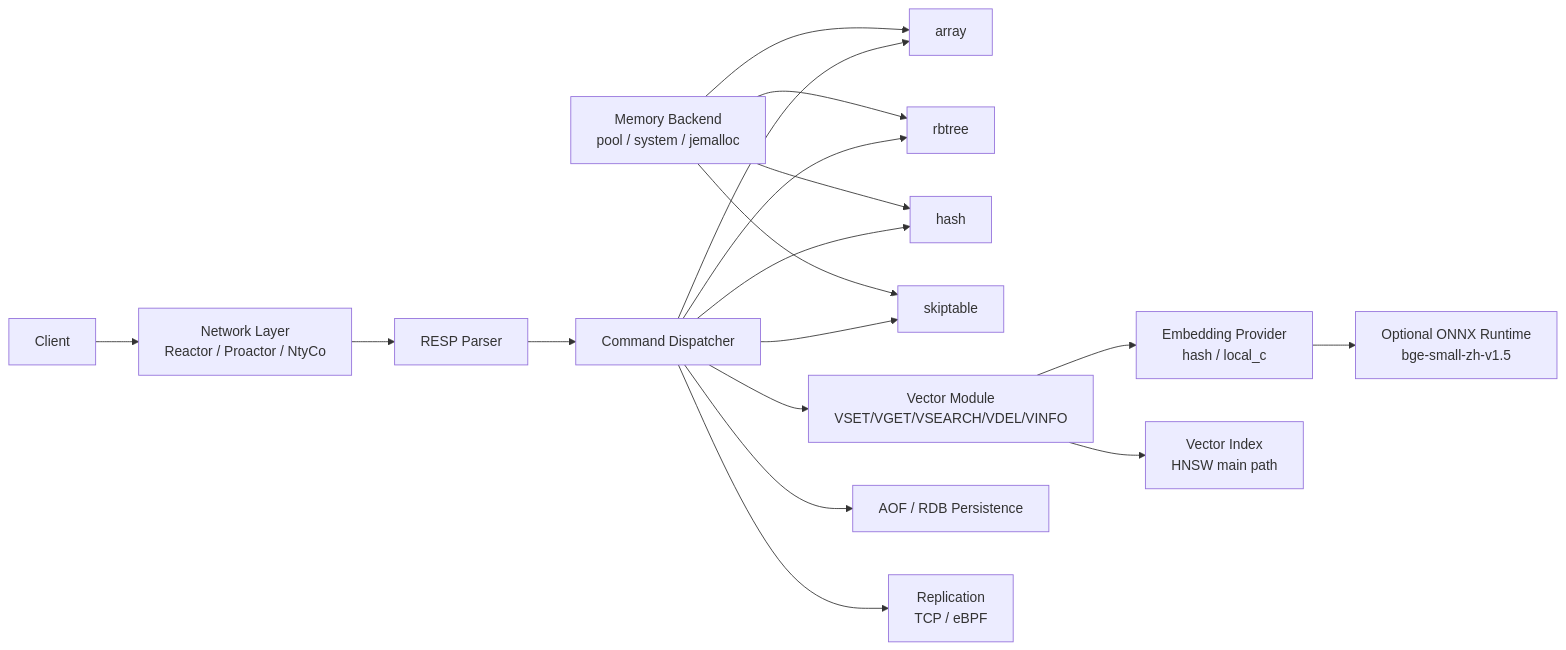
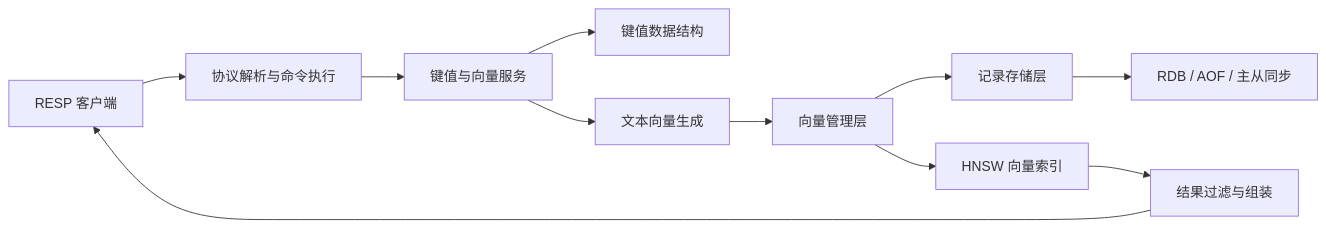
The first of 3 diagrams in README.md (208822032/Roven), drawn with Mermaid before and after one commit. The commit also changed other lines of this file and 14 other files, not shown here.

````diff
--- a/README.md
+++ b/README.md
@@ -80,23 +66,16 @@
 ```mermaid
 flowchart LR
-    C[Client] --> N[Network Layer<br/>Reactor / Proactor / NtyCo]
-    N --> P[RESP Parser]
-    P --> D[Command Dispatcher]
-    D --> S1[array]
-    D --> S2[rbtree]
-    D --> S3[hash]
-    D --> S4[skiptable]
+    C[RESP 客户端] --> CMD[协议解析与命令执行]
+    CMD --> SVC[键值与向量服务]
 
-    D --> VEC[Vector Module<br/>VSET/VGET/VSEARCH/VDEL/VINFO]
-    VEC --> EMB[Embedding Provider<br/>hash / local_c]
-    EMB --> ONNX[Optional ONNX Runtime<br/>bge-small-zh-v1.5]
-    VEC --> IDX[Vector Index<br/>HNSW main path]
+    SVC --> KV[键值数据结构]
+    SVC --> EMB[文本向量生成]
+    EMB --> VM[向量管理层]
 
-    D --> AOF[AOF / RDB Persistence]
-    D --> SYNC[Replication<br/>TCP / eBPF]
+    VM --> RS[记录存储层]
+    VM --> IDX[HNSW 向量索引]
 
-    M[Memory Backend<br/>pool / system / jemalloc] --> S1
-    M --> S2
-    M --> S3
-    M --> S4
+    RS --> PERSIST[RDB / AOF / 主从同步]
+    IDX --> RESULT[结果过滤与组装]
+    RESULT --> C
 ```
````
